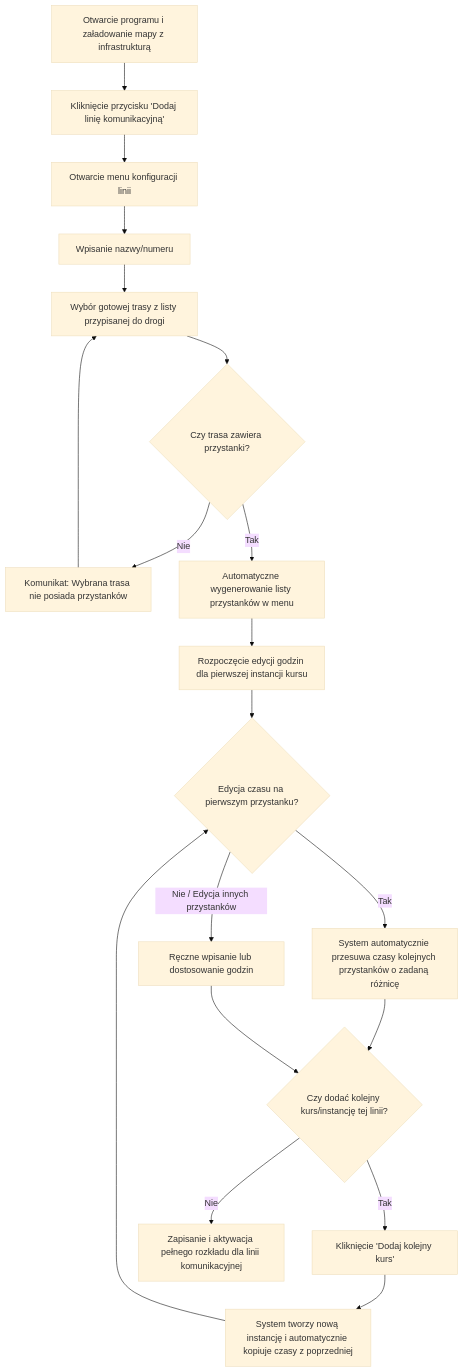
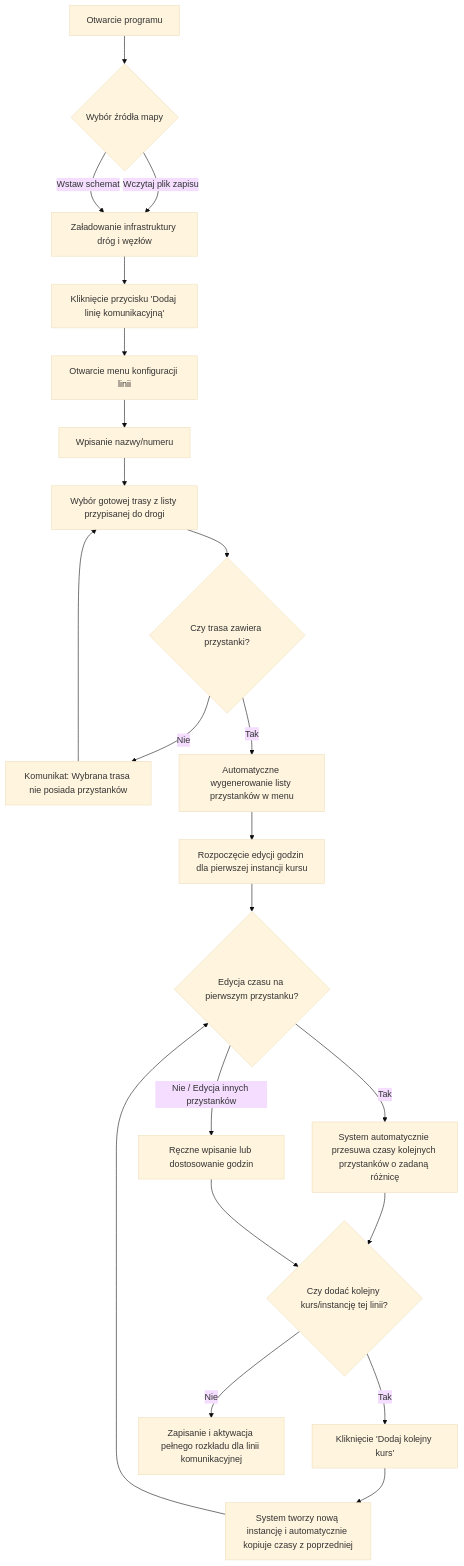
The diagram in docs/user_flow_tworzenie linii komunikacyjnej.md (Vomiroy/Symulator-ruchu-drogowego), drawn with Mermaid (base theme) before and after one commit.

Commit message:
Update user_flow_tworzenie linii komunikacyjnej.md

````diff
--- a/docs/user_flow_tworzenie linii komunikacyjnej.md
+++ b/docs/user_flow_tworzenie linii komunikacyjnej.md
@@ -1,29 +1,34 @@
 ```mermaid
 flowchart TD
-    A[Otwarcie programu i załadowanie mapy z infrastrukturą] --> B[Kliknięcie przycisku 'Dodaj linię komunikacyjną']
+    A[Otwarcie programu] --> B{Wybór źródła mapy}
     
-    B --> C[Otwarcie menu konfiguracji linii]
-    C --> D[Wpisanie nazwy/numeru]
-    D --> E[Wybór gotowej trasy z listy przypisanej do drogi]
+    B -- Wczytaj plik zapisu --> C[Załadowanie infrastruktury dróg i węzłów]
+    B -- Wstaw schemat --> C
     
-    E --> F{Czy trasa zawiera przystanki?}
-    F -- Nie --> G[Komunikat: Wybrana trasa nie posiada przystanków]
-    G --> E
+    C --> D[Kliknięcie przycisku 'Dodaj linię komunikacyjną']
     
-    F -- Tak --> H[Automatyczne wygenerowanie listy przystanków w menu]
-    H --> I[Rozpoczęcie edycji godzin dla pierwszej instancji kursu]
+    D --> E[Otwarcie menu konfiguracji linii]
+    E --> F[Wpisanie nazwy/numeru]
+    F --> G[Wybór gotowej trasy z listy przypisanej do drogi]
     
-    I --> J{Edycja czasu na pierwszym przystanku?}
+    G --> H{Czy trasa zawiera przystanki?}
+    H -- Nie --> I[Komunikat: Wybrana trasa nie posiada przystanków]
+    I --> G
     
-    J -- Tak --> K[System automatycznie przesuwa czasy kolejnych przystanków o zadaną różnicę]
-    J -- Nie / Edycja innych przystanków --> L[Ręczne wpisanie lub dostosowanie godzin]
+    H -- Tak --> J[Automatyczne wygenerowanie listy przystanków w menu]
+    J --> K[Rozpoczęcie edycji godzin dla pierwszej instancji kursu]
     
-    K --> M{Czy dodać kolejny kurs/instancję tej linii?}
-    L --> M
+    K --> L{Edycja czasu na pierwszym przystanku?}
     
-    M -- Tak --> N[Kliknięcie 'Dodaj kolejny kurs']
-    N --> O[System tworzy nową instancję i automatycznie kopiuje czasy z poprzedniej]
-    O --> J
+    L -- Tak --> M[System automatycznie przesuwa czasy kolejnych przystanków o zadaną różnicę]
+    L -- Nie / Edycja innych przystanków --> N[Ręczne wpisanie lub dostosowanie godzin]
     
-    M -- Nie --> P[Zapisanie i aktywacja pełnego rozkładu dla linii komunikacyjnej]
+    M --> O{Czy dodać kolejny kurs/instancję tej linii?}
+    N --> O
+    
+    O -- Tak --> P[Kliknięcie 'Dodaj kolejny kurs']
+    P --> Q[System tworzy nową instancję i automatycznie kopiuje czasy z poprzedniej]
+    Q --> L
+    
+    O -- Nie --> R[Zapisanie i aktywacja pełnego rozkładu dla linii komunikacyjnej]
 ```
````
